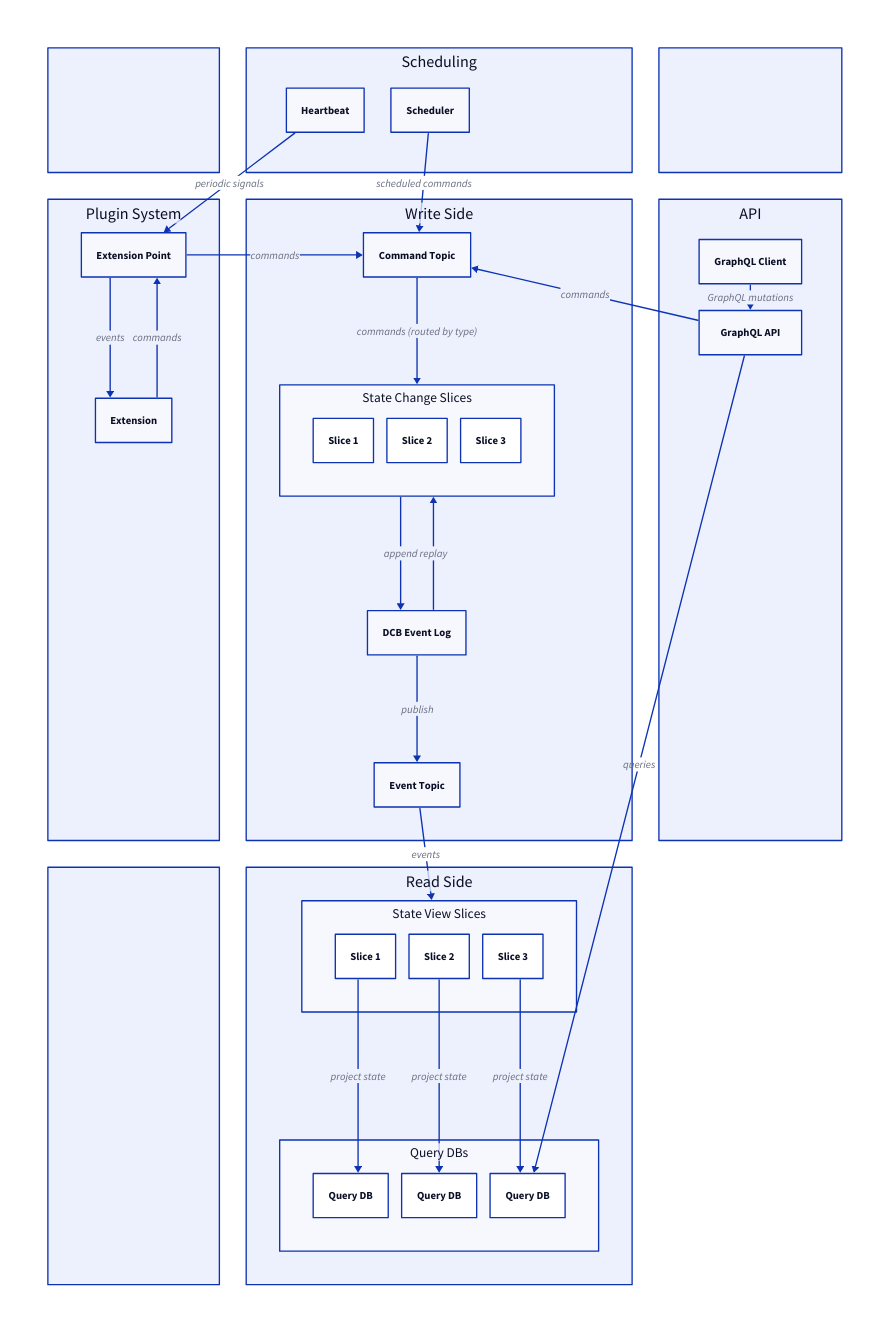
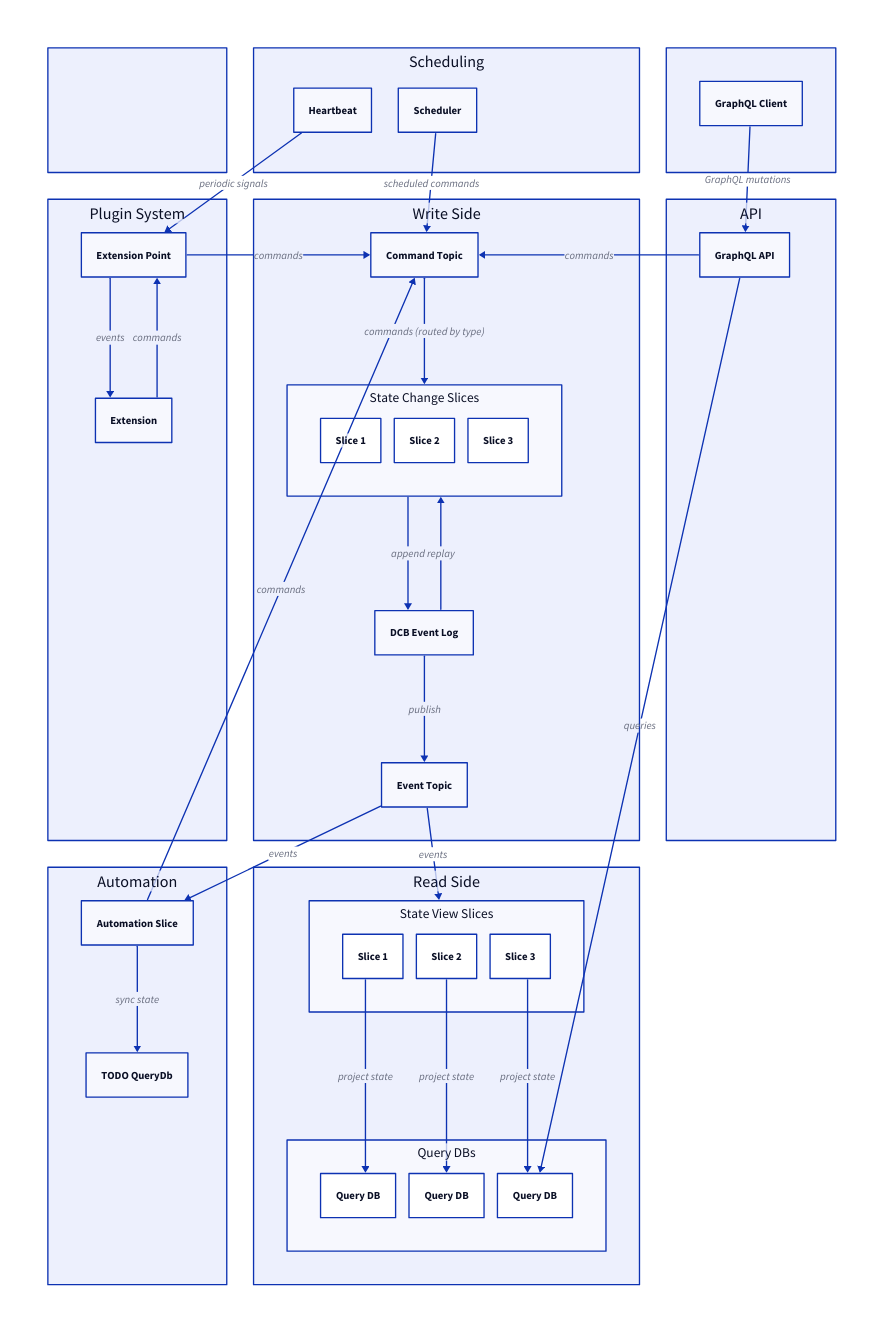
Before and after one commit to ReventlessDev/reventless-core: the second of 18 diagrams in packages/doc/docs-app/component-overview.md, drawn with D2. The commit also changed other lines of this file and 4 other files, not shown here.

First line of the commit message:
docs: add AutomationSlice component documentation and update overview diagram

```diff
--- a/packages/doc/docs-app/component-overview.md
+++ b/packages/doc/docs-app/component-overview.md
@@ -147,7 +147,11 @@
     scheduler: Scheduler { class: scheduler }
   }
 
-  1,3: "" { class: placeholder }
+  client: "" { 
+    class: placeholder 
+    
+    client: GraphQL Client { class: client }
+  }
 
   # ── Row 2 ──────────────────────────────────────────────────────────────────
 
@@ -187,16 +191,22 @@
   }
 
   graphql: API {
-    grid-rows: 2
     class: api-area
 
-    client: GraphQL Client { class: client }
     api: GraphQL API { class: api }
   }
 
   # ── Row 3 ──────────────────────────────────────────────────────────────────
 
-  3,1: "" { class: placeholder }
+  automation: Automation {
+    direction: down
+    class: automation-slices-area
+
+    auto_slice: Automation Slice { class: automation-slice }
+    todo_db: TODO QueryDb { class: query-db }
+
+    auto_slice -> todo_db: sync state { class: projection-flow }
+  }
 
   read_side: Read Side {
     direction: down
@@ -227,10 +237,12 @@
 
   # ── Edges ──────────────────────────────────────────────────────────────────
 
-  graphql.client -> graphql.api: GraphQL mutations { class: command-flow }
+  client.client -> graphql.api: GraphQL mutations { class: command-flow }
   graphql.api -> write_side.cmd_topic: commands { class: command-flow }
   graphql.api -> read_side.query_dbs_row.db3: queries
   write_side.event_topic -> read_side.view_slices_row: events { class: event-flow }
+  write_side.event_topic -> automation.auto_slice: events { class: event-flow }
+  automation.auto_slice -> write_side.cmd_topic: commands { class: command-flow }
   plugins.ext_point -> write_side.cmd_topic: commands { class: cross-plugin }
   scheduling.heartbeat -> plugins.ext_point: periodic signals { class: event-flow }
   scheduling.scheduler -> write_side.cmd_topic: scheduled commands { class: command-flow }
```
